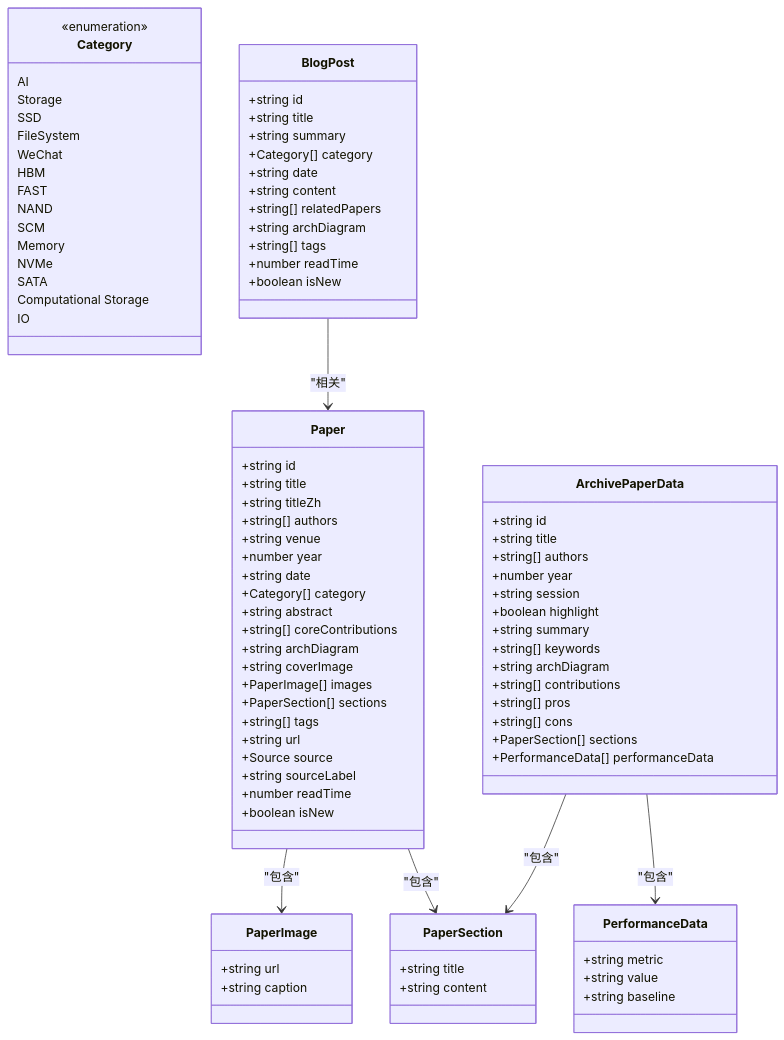
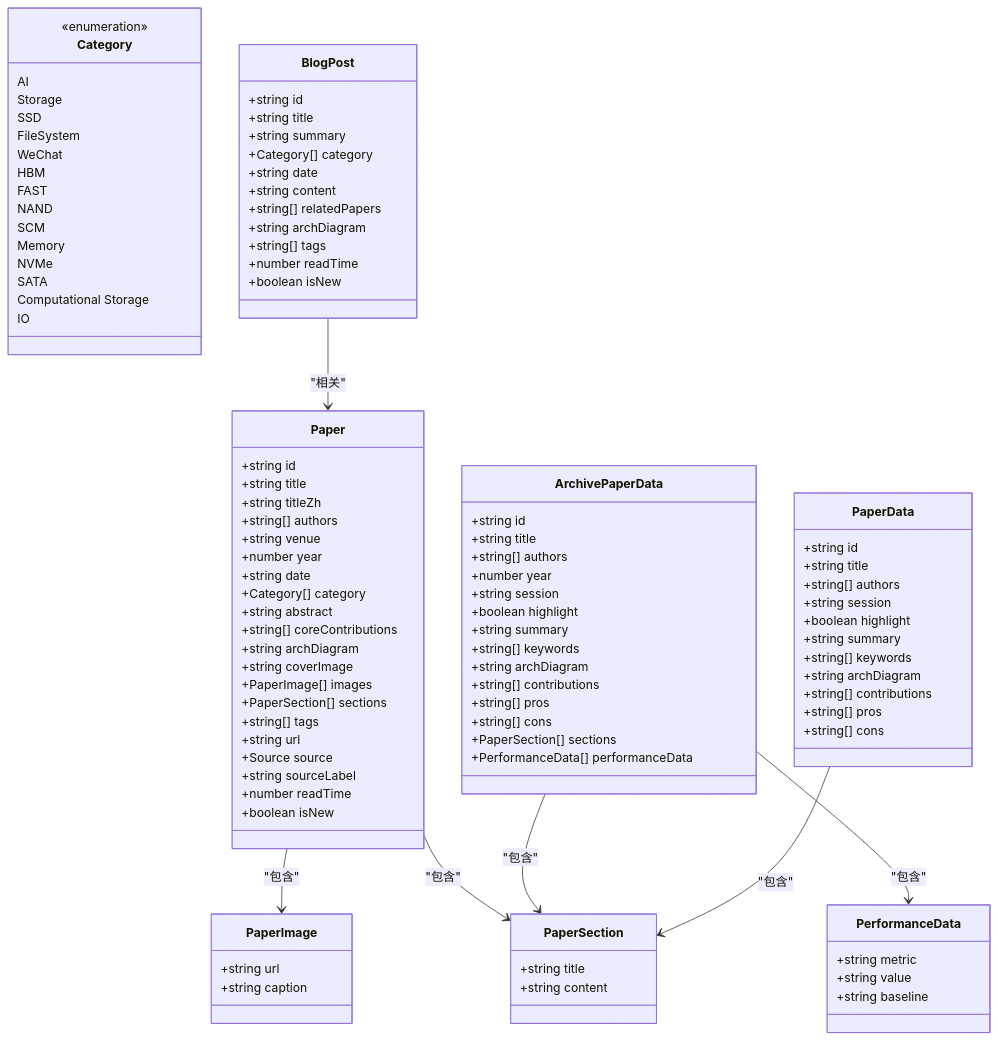
Before and after one commit to erikliu123/storage_ai_blog: the second of 18 diagrams in .qoder/repowiki/zh/content/数据模型/数据模型.md, drawn with Mermaid. The commit also changed other lines of this file and 80 other files, not shown here.

````diff
--- a/.qoder/repowiki/zh/content/数据模型/数据模型.md
+++ b/.qoder/repowiki/zh/content/数据模型/数据模型.md
@@ -190,9 +198,23 @@
 +string value
 +string baseline
 }
+class PaperData {
++string id
++string title
++string[] authors
++string session
++boolean highlight
++string summary
++string[] keywords
++string archDiagram
++string[] contributions
++string[] pros
++string[] cons
+}
 Paper --> PaperImage : "包含"
 Paper --> PaperSection : "包含"
 BlogPost --> Paper : "相关"
 ArchivePaperData --> PaperSection : "包含"
 ArchivePaperData --> PerformanceData : "包含"
+PaperData --> PaperSection : "包含"
 ```
````
